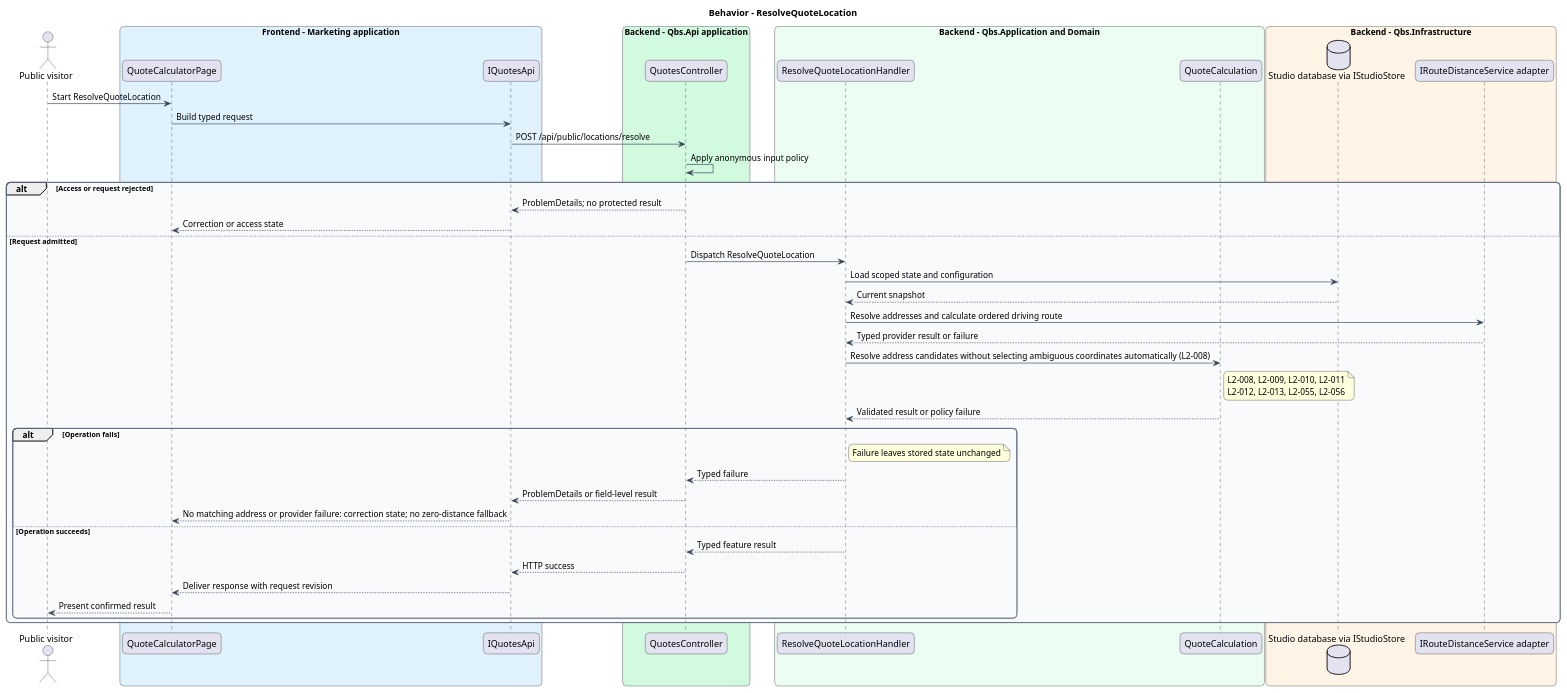
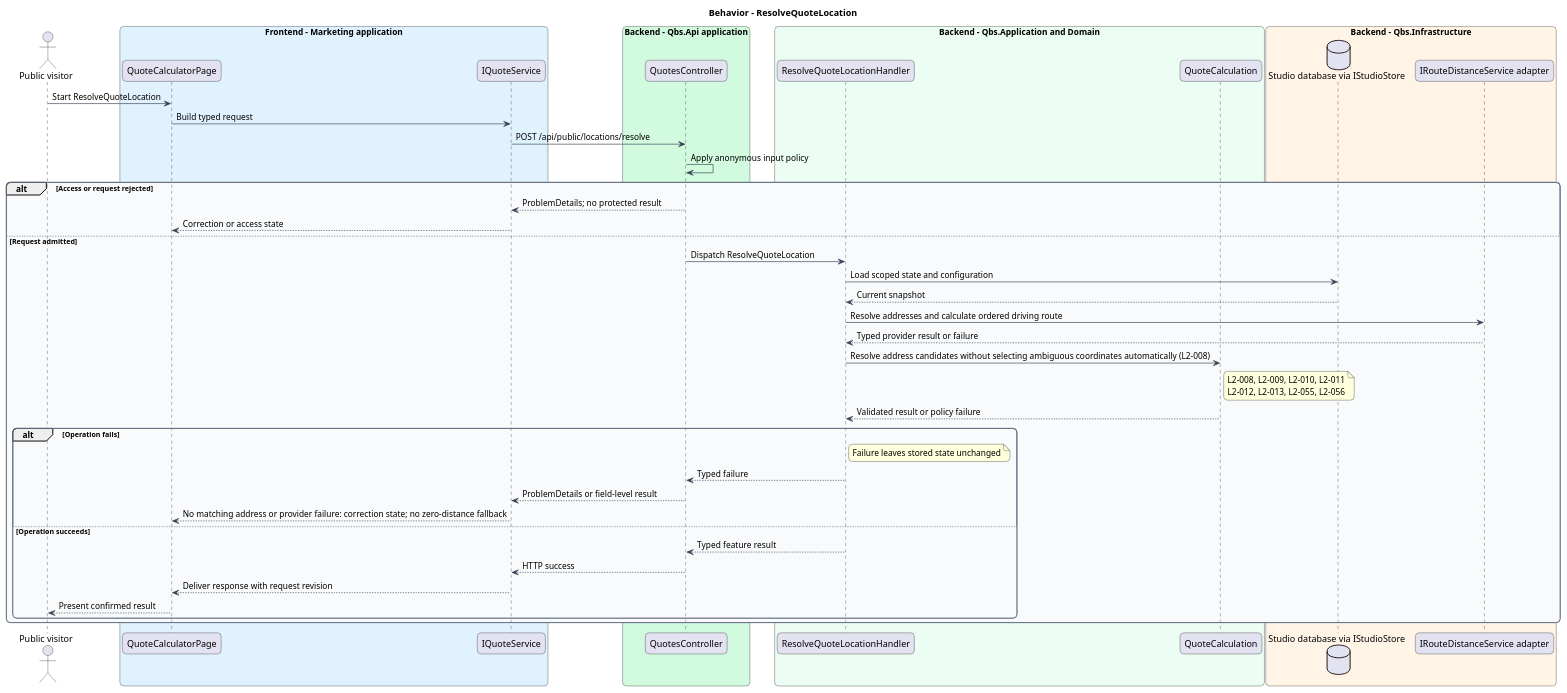
The diagram in docs/detailed-designs/quotations/calculate-live-quote/diagrams/sequence-resolve-quote-location.puml (QuinntyneBrown/quinntyne-brown-studio), drawn with PlantUML before and after one commit. The commit also changed 236 other files, not shown here.

```diff
--- a/docs/detailed-designs/quotations/calculate-live-quote/diagrams/sequence-resolve-quote-location.puml
+++ b/docs/detailed-designs/quotations/calculate-live-quote/diagrams/sequence-resolve-quote-location.puml
@@ -1,64 +1,64 @@
 @startuml
 skinparam backgroundColor #FFFFFF
 skinparam shadowing false
 skinparam roundcorner 12
 skinparam defaultFontName Arial
 skinparam ArrowColor #344054
 skinparam rectangle {
   BorderColor #344054
   FontColor #101828
 }
 skinparam package {
   BorderColor #667085
   FontColor #101828
   BackgroundColor #F9FAFB
 }
 title Behavior - ResolveQuoteLocation
 actor "Public visitor" as actor
 box "Frontend - Marketing application" #E0F2FE
  participant "QuoteCalculatorPage" as page
- participant "IQuotesApi" as client
+ participant "IQuoteService" as client
 end box
 box "Backend - Qbs.Api application" #D1FADF
  participant "QuotesController" as controller
 end box
 box "Backend - Qbs.Application and Domain" #ECFDF3
  participant "ResolveQuoteLocationHandler" as handler
  participant "QuoteCalculation" as entity
 end box
 box "Backend - Qbs.Infrastructure" #FFF4E5
  database "Studio database via IStudioStore" as db
  participant "IRouteDistanceService adapter" as ext
 end box
 actor -> page : Start ResolveQuoteLocation
 page -> client : Build typed request
 client -> controller : POST /api/public/locations/resolve
 controller -> controller : Apply anonymous input policy
 alt Access or request rejected
 controller --> client : ProblemDetails; no protected result
 client --> page : Correction or access state
 else Request admitted
 controller -> handler : Dispatch ResolveQuoteLocation
 handler -> db : Load scoped state and configuration
 db --> handler : Current snapshot
 handler -> ext : Resolve addresses and calculate ordered driving route
 ext --> handler : Typed provider result or failure
 handler -> entity : Resolve address candidates without selecting ambiguous coordinates automatically (L2-008)
 note right of entity
 L2-008, L2-009, L2-010, L2-011
 L2-012, L2-013, L2-055, L2-056
 end note
 entity --> handler : Validated result or policy failure
 alt Operation fails
 note right of handler : Failure leaves stored state unchanged
 handler --> controller : Typed failure
 controller --> client : ProblemDetails or field-level result
 client --> page : No matching address or provider failure: correction state; no zero-distance fallback
 else Operation succeeds
 handler --> controller : Typed feature result
 controller --> client : HTTP success
 client --> page : Deliver response with request revision
 page --> actor : Present confirmed result
 end
 end
 @enduml
```
